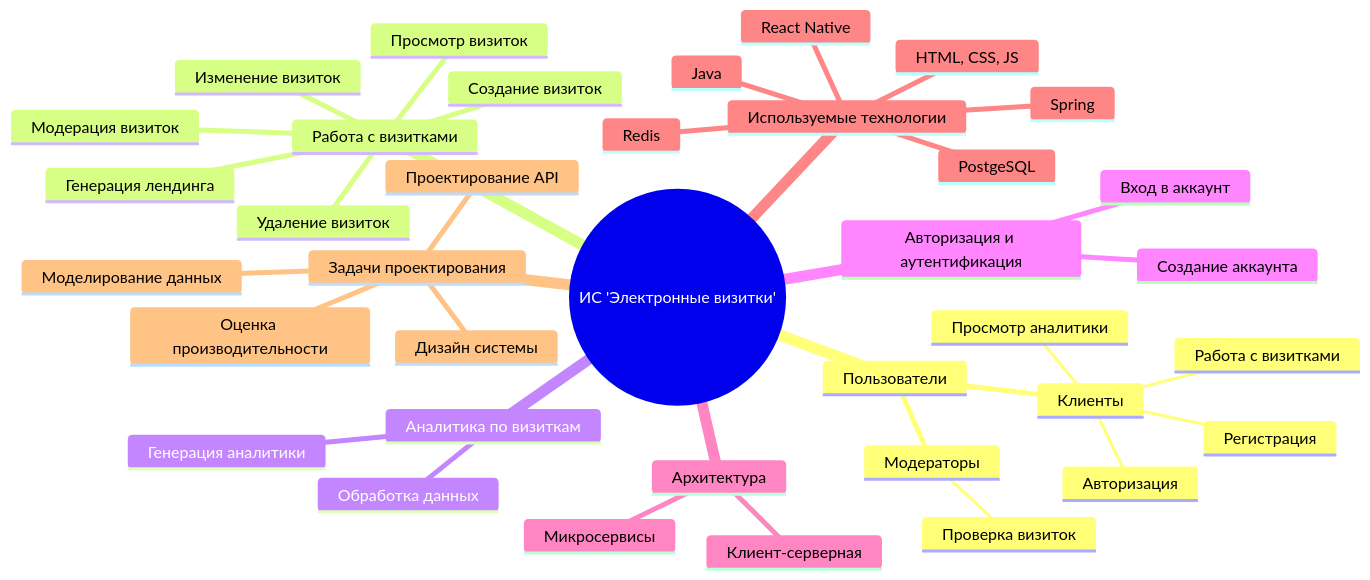
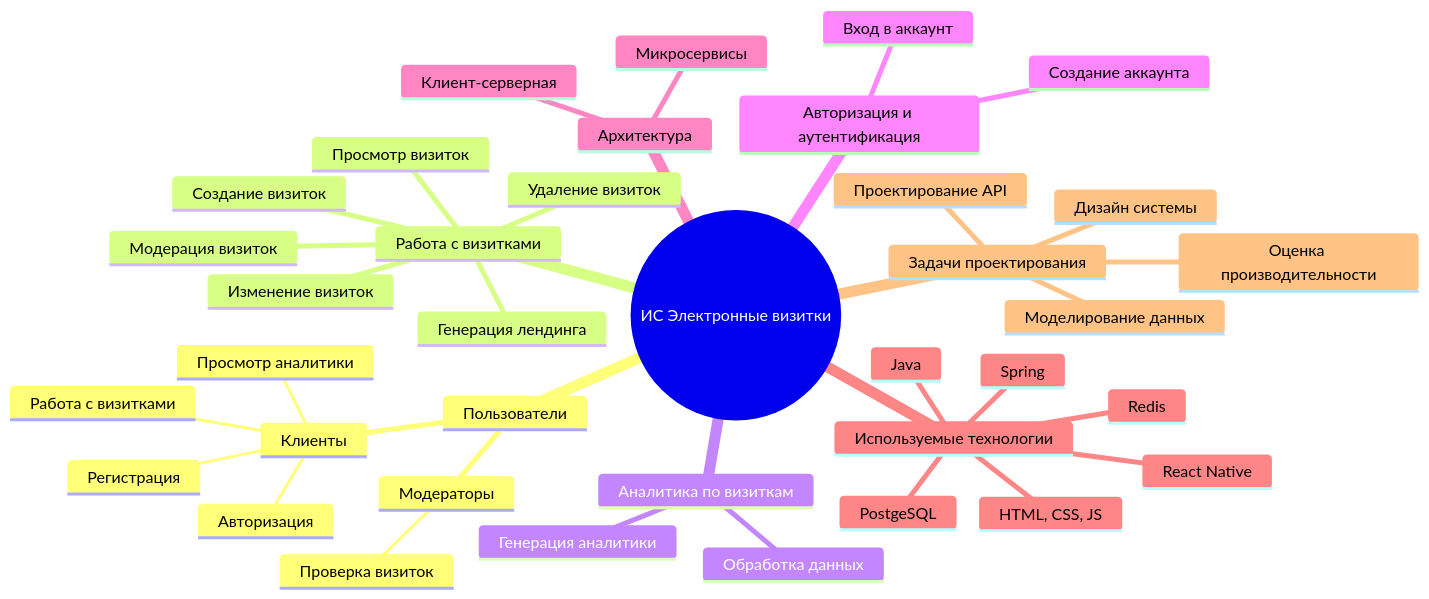
The first of 4 diagrams in README.md (Arsenii01/pkss-pract12-mermaid), drawn with Mermaid before and after one commit.

````diff
--- a/README.md
+++ b/README.md
@@ -7,41 +7,41 @@
 ```mermaid
 mindmap
-  root((ИC 'Электронные визитки'))
+  root((ИC Электронные визитки))
     Пользователи
       Клиенты
         Регистрация
         Авторизация
         Работа с визитками
         Просмотр аналитики
       Модераторы
         Проверка визиток
     Работа с визитками
       Просмотр визиток
       Создание визиток
       Изменение визиток
       Модерация визиток
       Удаление визиток
       Генерация лендинга
     Аналитика по визиткам
       Обработка данных
       Генерация аналитики
     Авторизация и аутентификация
       Создание аккаунта
       Вход в аккаунт
     Архитектура
       Клиент-серверная
       Микросервисы
     Используемые технологии
       Spring
       Java
       React Native
       HTML, CSS, JS
       PostgeSQL
       Redis
     Задачи проектирования
       Дизайн системы
       Моделирование данных
       Проектирование API
       Оценка производительности
 
 ```
````
